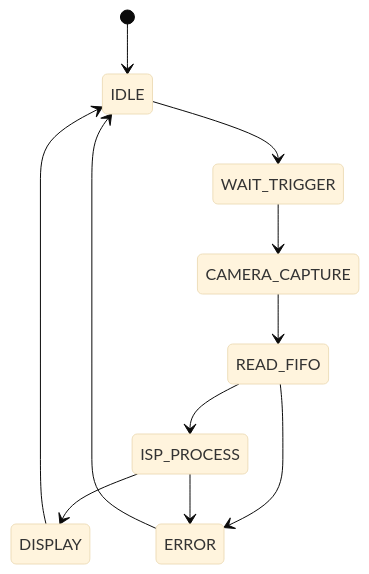
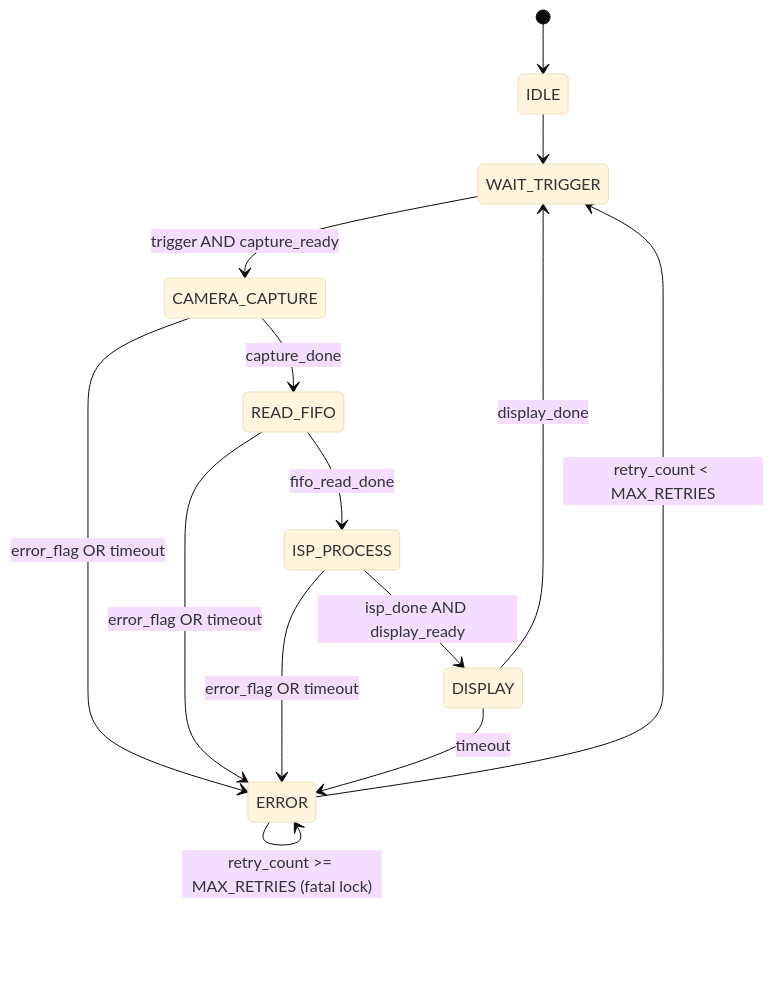
One commit to mnrwachtel-source/fpga-vision-project changed the second of 4 diagrams in README.md. Above: the diagram before and after it, drawn with Mermaid (base theme). The commit also changed other lines of this file and 4 other files, not shown here.

````diff
--- a/README.md
+++ b/README.md
@@ -33,16 +40,19 @@
 ```mermaid
 stateDiagram-v2
 
 [*] --> IDLE
 
-IDLE --> WAIT_TRIGGER
-WAIT_TRIGGER --> CAMERA_CAPTURE
-CAMERA_CAPTURE --> READ_FIFO
-READ_FIFO --> ISP_PROCESS
-ISP_PROCESS --> DISPLAY
-DISPLAY --> IDLE
+IDLE           --> WAIT_TRIGGER
+WAIT_TRIGGER   --> CAMERA_CAPTURE : trigger AND capture_ready
+CAMERA_CAPTURE --> READ_FIFO      : capture_done
+CAMERA_CAPTURE --> ERROR          : error_flag OR timeout
+READ_FIFO      --> ISP_PROCESS    : fifo_read_done
+READ_FIFO      --> ERROR          : error_flag OR timeout
+ISP_PROCESS    --> DISPLAY        : isp_done AND display_ready
+ISP_PROCESS    --> ERROR          : error_flag OR timeout
+DISPLAY        --> WAIT_TRIGGER   : display_done
+DISPLAY        --> ERROR          : timeout
 
-READ_FIFO --> ERROR
-ISP_PROCESS --> ERROR
-ERROR --> IDLE
+ERROR --> WAIT_TRIGGER : retry_count < MAX_RETRIES
+ERROR --> ERROR        : retry_count >= MAX_RETRIES (fatal lock)
 ```
````
